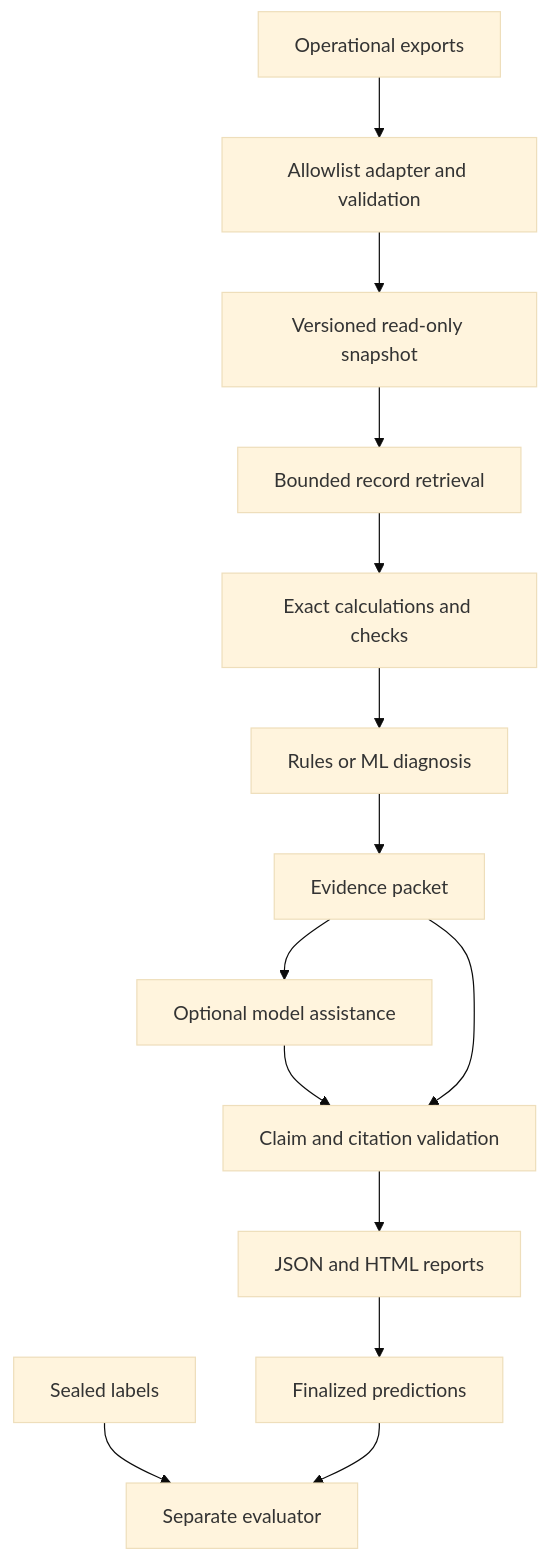
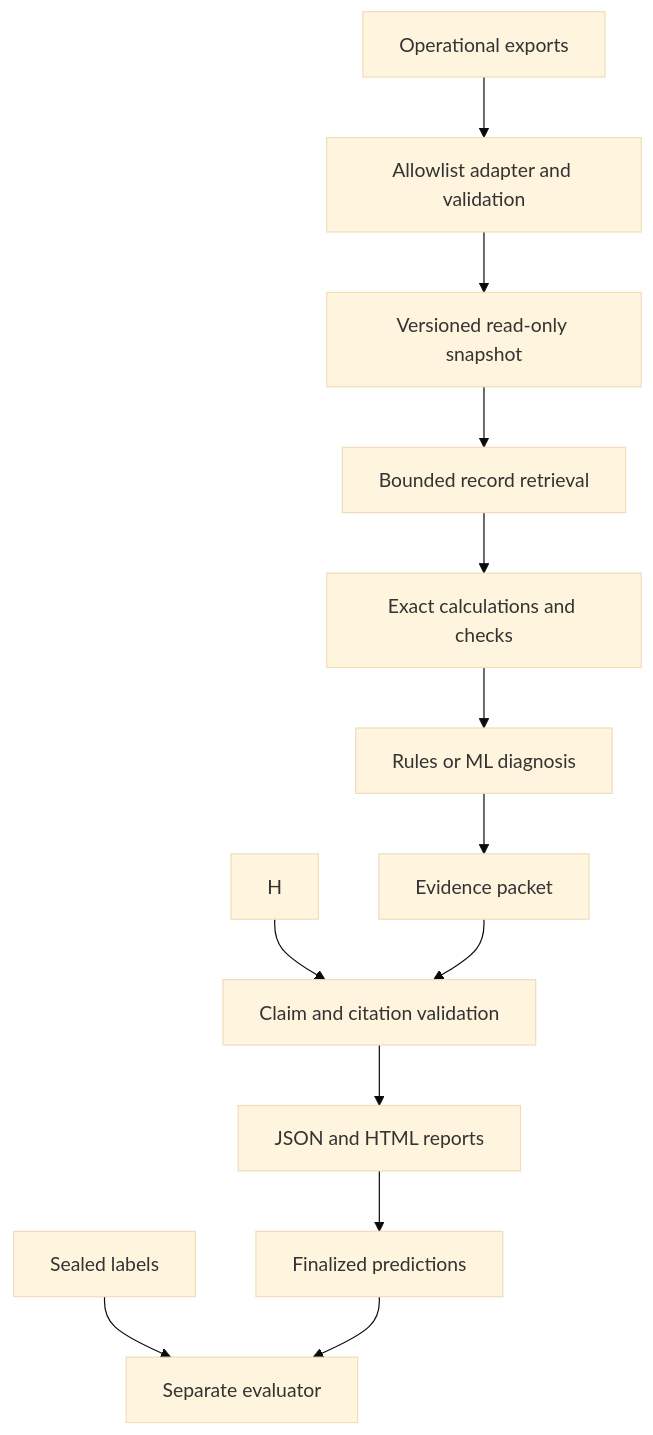
The diagram in PLAN.md (ChRotsides/reconcile), drawn with Mermaid (base theme) before and after one commit. The commit also changed other lines of this file and 19 other files, not shown here.

````diff
--- a/PLAN.md
+++ b/PLAN.md
@@ -94,16 +94,15 @@
 ```mermaid
 flowchart TD
     A[Operational exports] --> B[Allowlist adapter and validation]
     B --> C[Versioned read-only snapshot]
     C --> D[Bounded record retrieval]
     D --> E[Exact calculations and checks]
     E --> F[Rules or ML diagnosis]
     F --> G[Evidence packet]
-    G --> H[Optional model assistance]
     H --> I[Claim and citation validation]
     G --> I
     I --> J[JSON and HTML reports]
     J --> K[Finalized predictions]
     L[Sealed labels] --> M[Separate evaluator]
     K --> M
 ```
````
